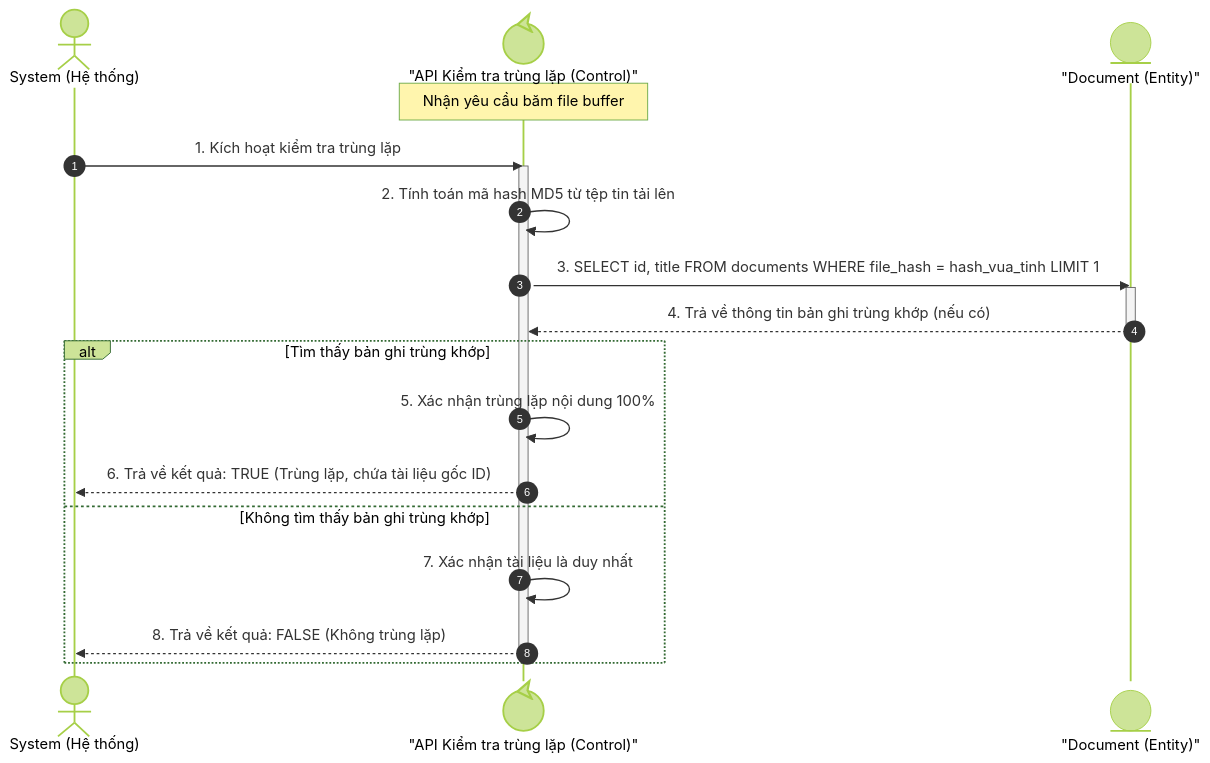
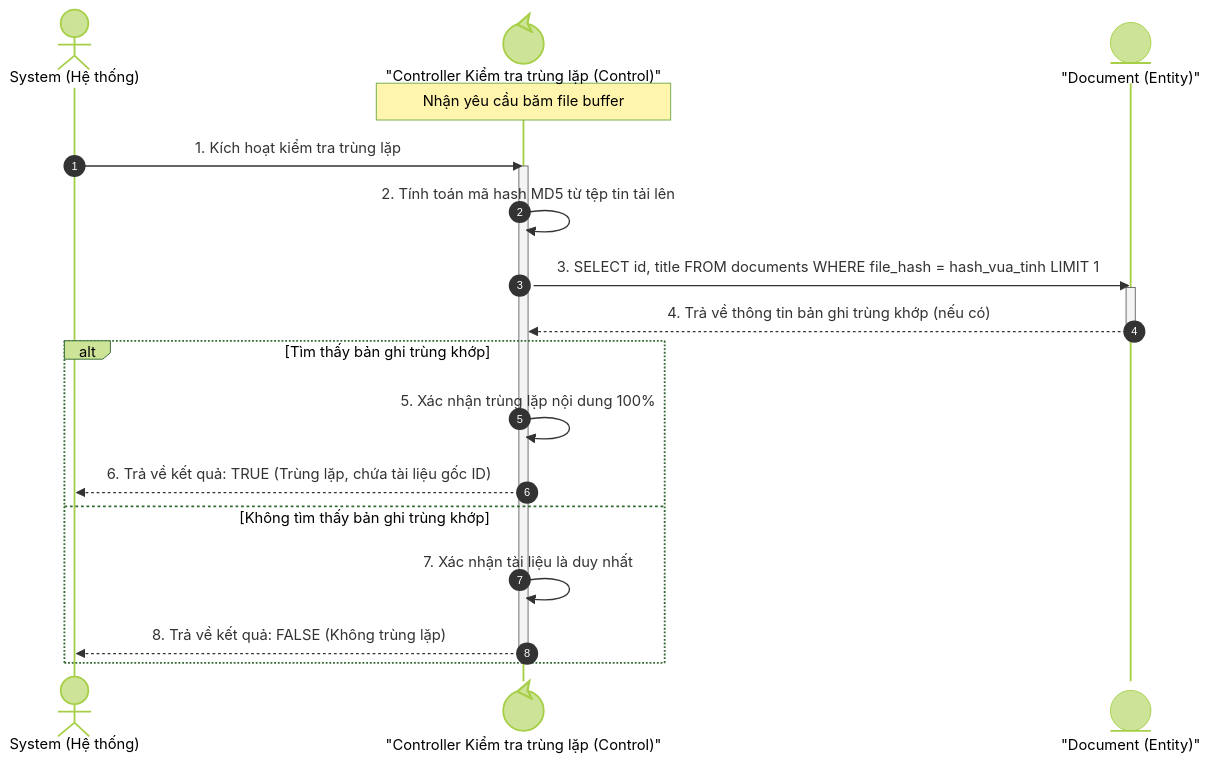
Before and after one commit to vietcuong2004/DATN_TLUDOC: diagram 12 of 13 in Cuong_Documents/BaoVeDoAn/Diagram/SequenceDiagrams.md, drawn with Mermaid (forest theme). The commit also changed other lines of this file and 11 other files, not shown here.

````diff
--- a/Cuong_Documents/BaoVeDoAn/Diagram/SequenceDiagrams.md
+++ b/Cuong_Documents/BaoVeDoAn/Diagram/SequenceDiagrams.md
@@ -462,25 +462,25 @@
 ```mermaid
 sequenceDiagram
     autonumber
     actor System as System (Hệ thống)
-    participant Control@{ "type": "control" } as "API Kiểm tra trùng lặp (Control)"
+    participant Control@{ "type": "control" } as "Controller Kiểm tra trùng lặp (Control)"
     participant Entity@{ "type": "entity" } as "Document (Entity)"
 
     Note over Control: Nhận yêu cầu băm file buffer
     System->>Control: 1. Kích hoạt kiểm tra trùng lặp
     activate Control
     Control->>Control: 2. Tính toán mã hash MD5 từ tệp tin tải lên
     Control->>Entity: 3. SELECT id, title FROM documents WHERE file_hash = hash_vua_tinh LIMIT 1
     activate Entity
     Entity-->>Control: 4. Trả về thông tin bản ghi trùng khớp (nếu có)
     deactivate Entity
     
     alt Tìm thấy bản ghi trùng khớp
         Control->>Control: 5. Xác nhận trùng lặp nội dung 100%
         Control-->>System: 6. Trả về kết quả: TRUE (Trùng lặp, chứa tài liệu gốc ID)
     else Không tìm thấy bản ghi trùng khớp
         Control->>Control: 7. Xác nhận tài liệu là duy nhất
         Control-->>System: 8. Trả về kết quả: FALSE (Không trùng lặp)
         deactivate Control
     end
 ```
````
